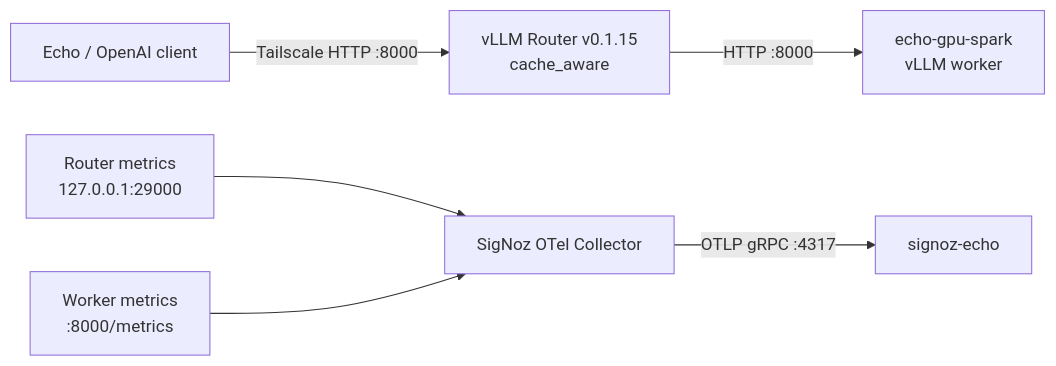
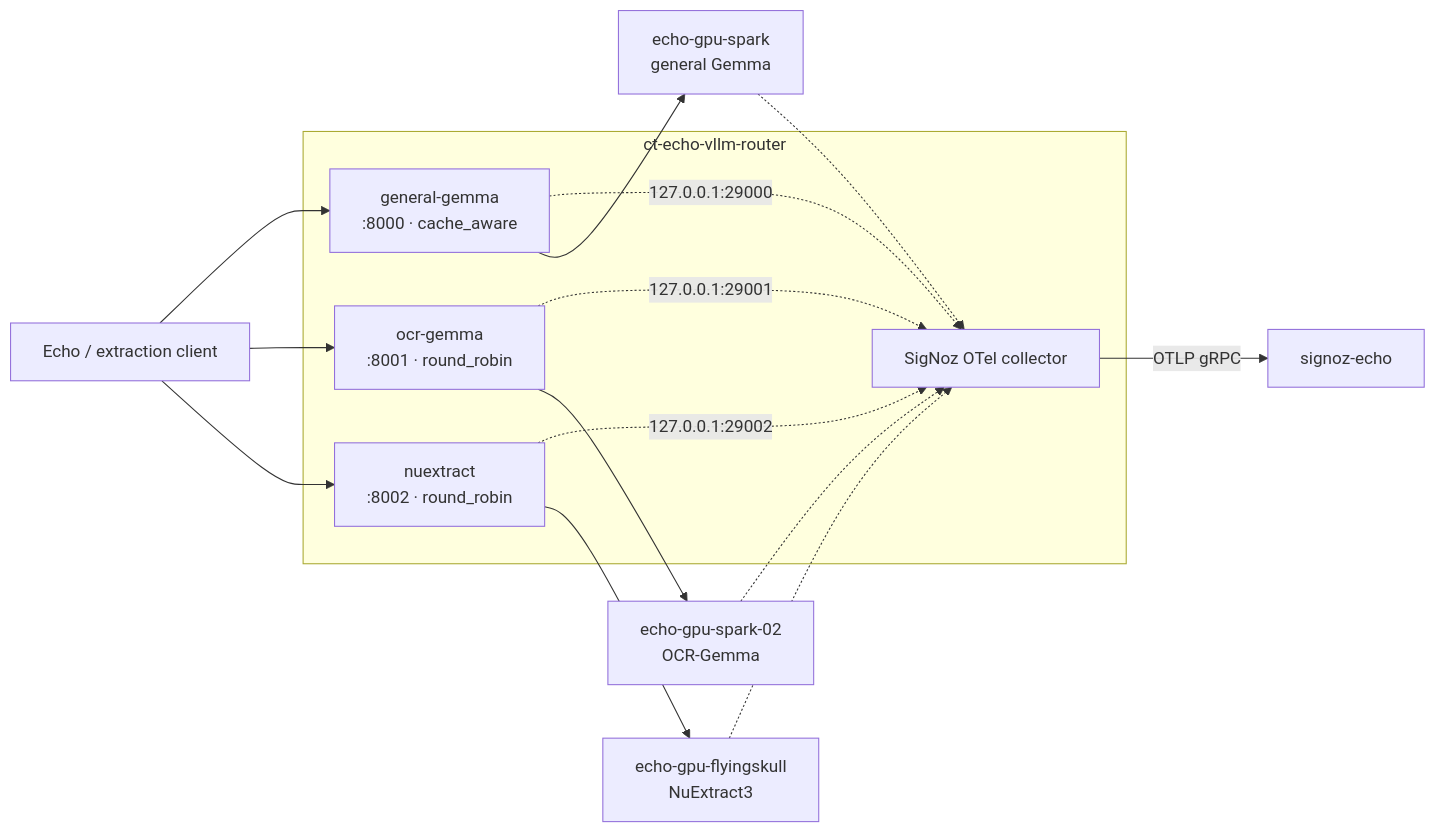
The diagram in echo-vllm-router/README.md (murczyk/echo), drawn with Mermaid before and after one commit. The commit also changed other lines of this file and 130 other files, not shown here.

````diff
--- a/echo-vllm-router/README.md
+++ b/echo-vllm-router/README.md
@@ -9,8 +9,25 @@
 ```mermaid
 flowchart LR
-    Echo[Echo / OpenAI client] -->|Tailscale HTTP :8000| Router[vLLM Router v0.1.15<br/>cache_aware]
-    Router -->|HTTP :8000| Spark[echo-gpu-spark<br/>vLLM worker]
-    RouterMetrics[Router metrics<br/>127.0.0.1:29000] --> Collector[SigNoz OTel Collector]
-    SparkMetrics[Worker metrics<br/>:8000/metrics] --> Collector
-    Collector -->|OTLP gRPC :4317| SigNoz[signoz-echo]
+    Client[Echo / extraction client]
+    subgraph RouterHost[ct-echo-vllm-router]
+        General[general-gemma<br/>:8000 · cache_aware]
+        OCR[ocr-gemma<br/>:8001 · round_robin]
+        NuExtract[nuextract<br/>:8002 · round_robin]
+        Collector[SigNoz OTel collector]
+        General -.->|127.0.0.1:29000| Collector
+        OCR -.->|127.0.0.1:29001| Collector
+        NuExtract -.->|127.0.0.1:29002| Collector
+    end
+    Spark[echo-gpu-spark<br/>general Gemma]
+    Spark02[echo-gpu-spark-02<br/>OCR-Gemma]
+    Flyingskull[echo-gpu-flyingskull<br/>NuExtract3]
+    SigNoz[signoz-echo]
+
+    Client --> General --> Spark
+    Client --> OCR --> Spark02
+    Client --> NuExtract --> Flyingskull
+    Spark -.-> Collector
+    Spark02 -.-> Collector
+    Flyingskull -.-> Collector
+    Collector -->|OTLP gRPC| SigNoz
 ```
````
